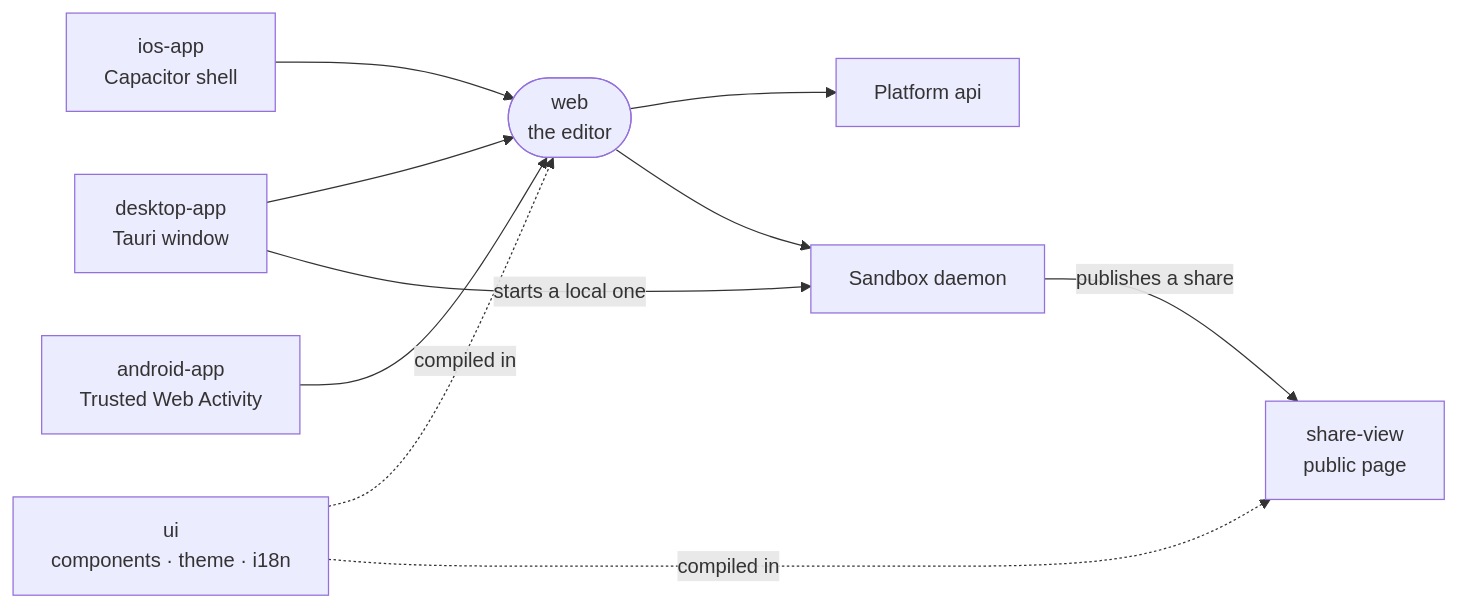
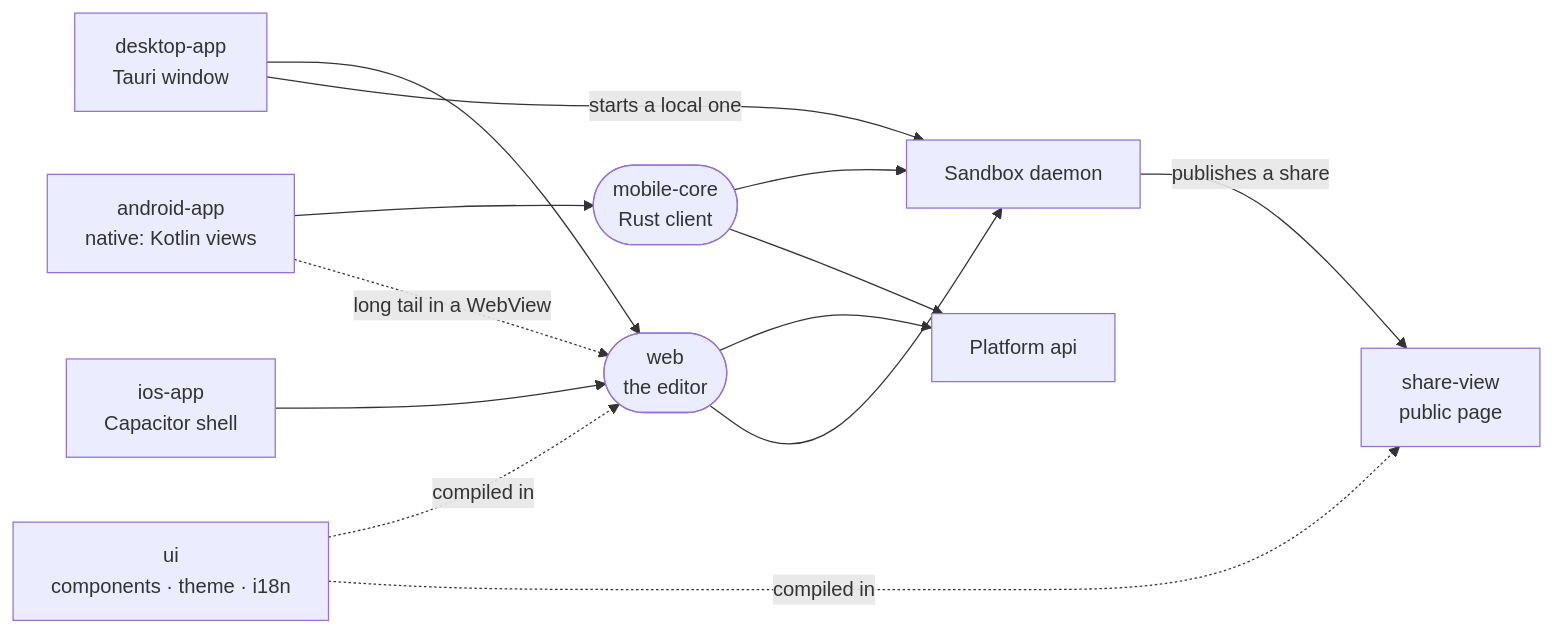
One commit to intentic/intentic changed the diagram in _editor/README.md. Above: the diagram before and after it, drawn with Mermaid. The commit also changed other lines of this file and 293 other files, not shown here.

First line of the commit message:
feat(editor): replace Bubblewrap TWA with native android-app on mobile-core

````diff
--- a/_editor/README.md
+++ b/_editor/README.md
@@ -5,12 +5,15 @@
 ```mermaid
 flowchart LR
     desktop["desktop-app<br/>Tauri window"] --> web(["web<br/>the editor"])
     ios["ios-app<br/>Capacitor shell"] --> web
-    android["android-app<br/>Trusted Web Activity"] --> web
+    android["android-app<br/>native: Kotlin views"] --> core(["mobile-core<br/>Rust client"])
+    core --> daemon
+    core --> api
+    android -.->|"long tail in a WebView"| web
     ui["ui<br/>components · theme · i18n"] -.->|"compiled in"| web
     web --> api["Platform api"]
     web --> daemon["Sandbox daemon"]
     desktop -->|"starts a local one"| daemon
     daemon -->|"publishes a share"| share["share-view<br/>public page"]
     ui -.->|"compiled in"| share
 ```
````
